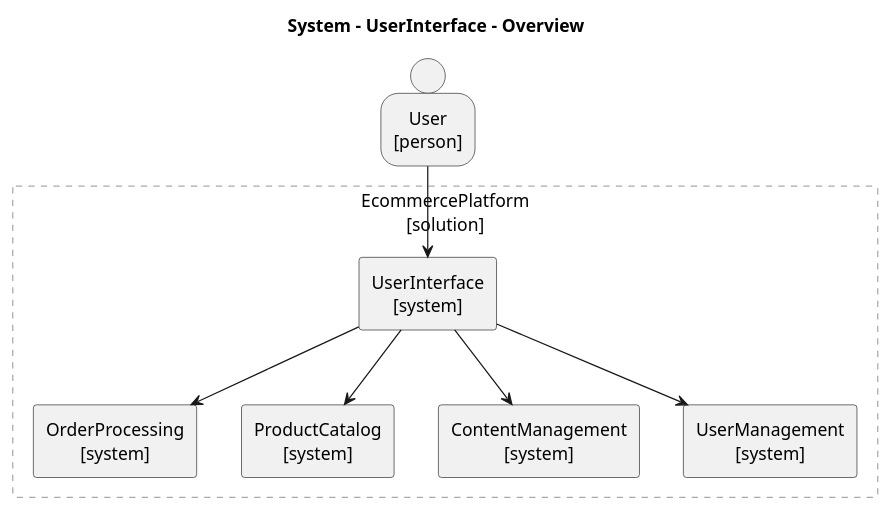
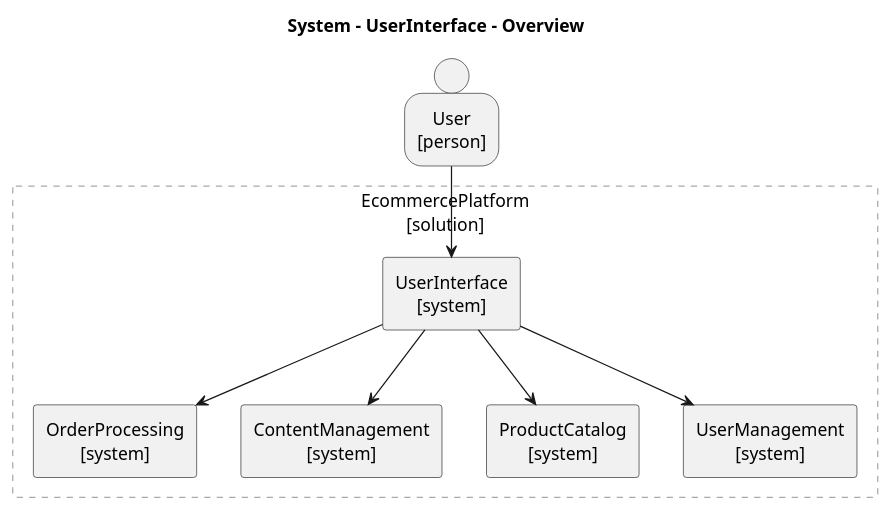
One commit to tmorin/archicode changed the diagram in src/doc/examples/design_example_step_2/views/plantuml/application/EcommercePlatform.UserInterface_overview.puml. Above: the diagram before and after it, drawn with PlantUML. The commit also changed other lines of this file and 37 other files, not shown here.

```diff
--- a/src/doc/examples/design_example_step_2/views/plantuml/application/EcommercePlatform.UserInterface_overview.puml
+++ b/src/doc/examples/design_example_step_2/views/plantuml/application/EcommercePlatform.UserInterface_overview.puml
@@ -1,47 +1,47 @@
 @startuml EcommercePlatform.UserInterface_overview
 title System - UserInterface - Overview
 skinparam defaultTextAlignment center
 skinparam defaultTextAlignment<<atomic>> center
 skinparam wrapWidth 200
 skinparam maxMessageSize 150
 hide stereotype
 <style>
 .composite {
 BackgroundColor: transparent
 LineColor: darkgray
 LineStyle: 5
 FontStyle: normal
 }
 </style>
+person User <<atomic>> <<person>> [
+User
+[person]
+]
 rectangle EcommercePlatform as "EcommercePlatform\n[solution]" <<composite>> {
-rectangle EcommercePlatform.UserInterface <<system>> <<atomic>> [
-UserInterface
+rectangle EcommercePlatform.OrderProcessing <<system>> <<atomic>> [
+OrderProcessing
 [system]
 ]
-rectangle EcommercePlatform.OrderProcessing <<system>> <<atomic>> [
-OrderProcessing
+rectangle EcommercePlatform.ContentManagement <<system>> <<atomic>> [
+ContentManagement
 [system]
 ]
 rectangle EcommercePlatform.ProductCatalog <<system>> <<atomic>> [
 ProductCatalog
 [system]
 ]
-rectangle EcommercePlatform.ContentManagement <<system>> <<atomic>> [
-ContentManagement
-[system]
-]
 rectangle EcommercePlatform.UserManagement <<system>> <<atomic>> [
 UserManagement
 [system]
 ]
+rectangle EcommercePlatform.UserInterface <<system>> <<atomic>> [
+UserInterface
+[system]
+]
 }
-person User <<atomic>> <<person>> [
-User
-[person]
-]
+EcommercePlatform.UserInterface --> EcommercePlatform.ContentManagement
 User --> EcommercePlatform.UserInterface
 EcommercePlatform.UserInterface --> EcommercePlatform.OrderProcessing
 EcommercePlatform.UserInterface --> EcommercePlatform.UserManagement
 EcommercePlatform.UserInterface --> EcommercePlatform.ProductCatalog
-EcommercePlatform.UserInterface --> EcommercePlatform.ContentManagement
 @enduml
```
